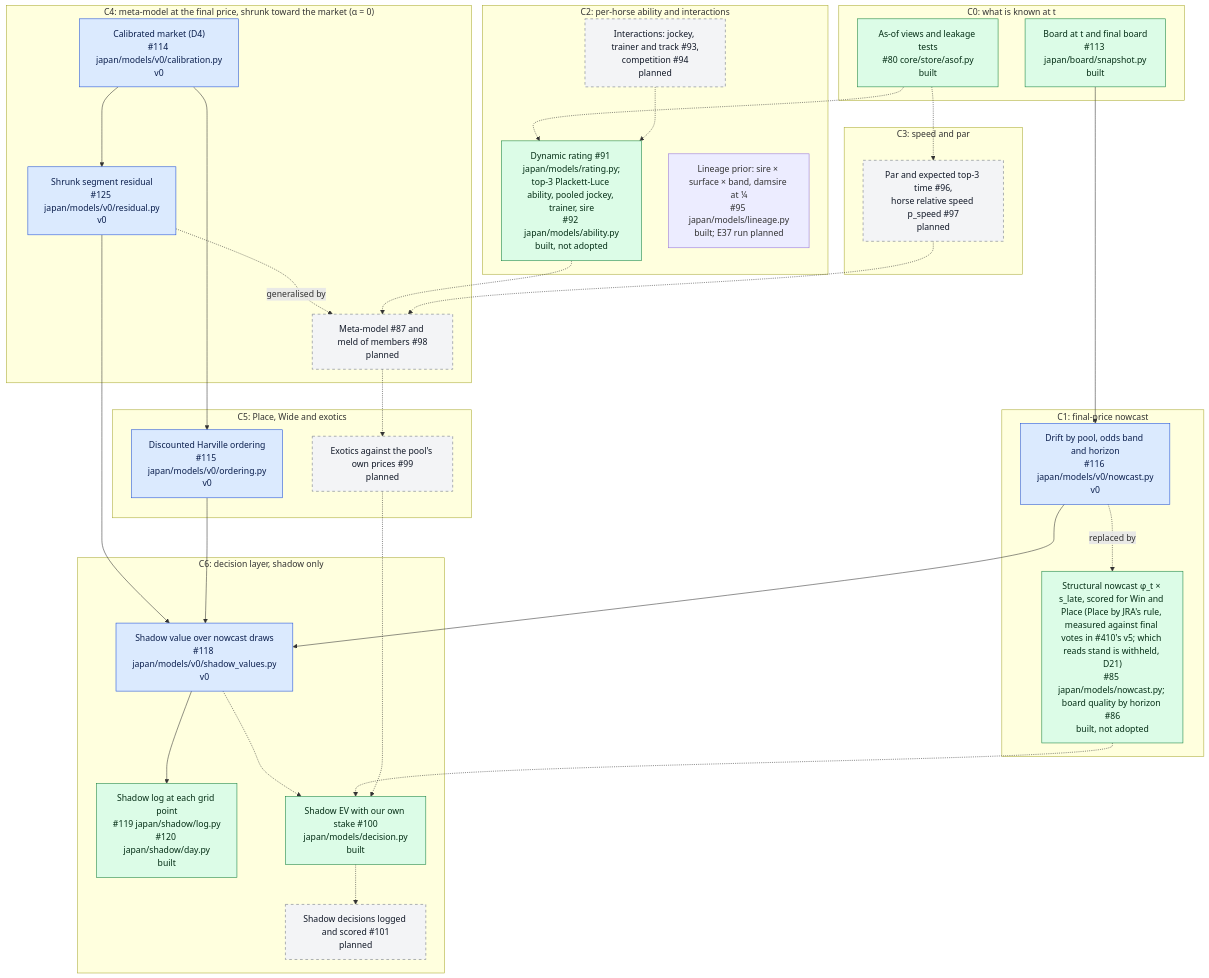
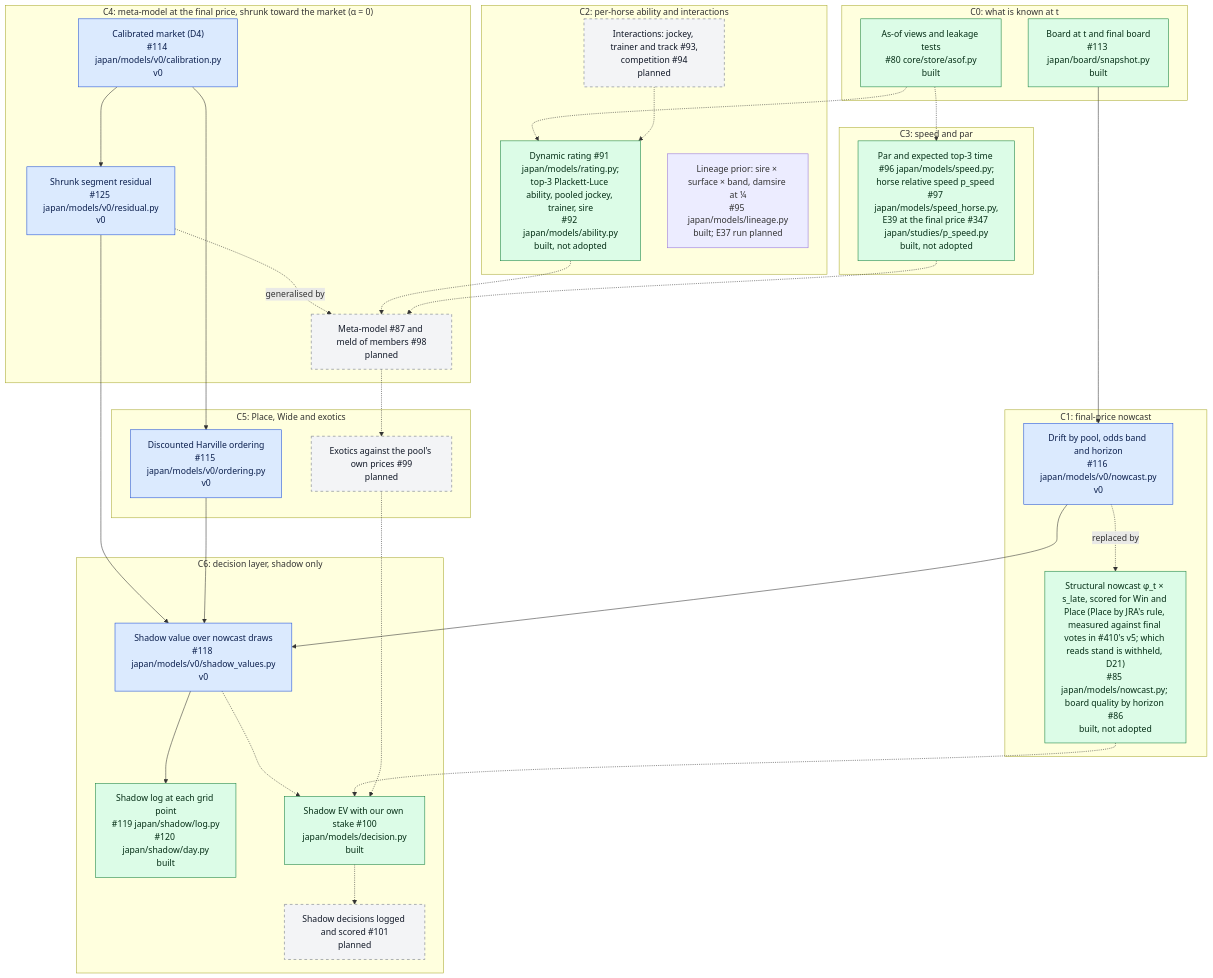
Before and after one commit to rjeskuri/HorseTrackBetting: the second of 6 diagrams in docs/modeling.md, drawn with Mermaid. The commit also changed other lines of this file and 5 other files, not shown here.

First line of the commit message:
Report E39's run: p_speed adds nothing at the final price (#347)

````diff
--- a/docs/modeling.md
+++ b/docs/modeling.md
@@ -71,60 +71,60 @@
 ```mermaid
 flowchart TB
     subgraph L0["C0: what is known at t"]
         ASOF["As-of views and leakage tests<br/>#80 core/store/asof.py<br/>built"]
         BOARD["Board at t and final board<br/>#113 japan/board/snapshot.py<br/>built"]
     end
     subgraph L1["C1: final-price nowcast"]
         NC0["Drift by pool, odds band and horizon<br/>#116 japan/models/v0/nowcast.py<br/>v0"]
         NC1["Structural nowcast φ_t × s_late, scored for Win and Place (Place by JRA's rule, measured against final votes in #410's v5; which reads stand is withheld, D21)<br/>#85 japan/models/nowcast.py; board quality by horizon #86<br/>built, not adopted"]
     end
     subgraph L2["C2: per-horse ability and interactions"]
         ABIL["Dynamic rating #91 japan/models/rating.py;<br/>top-3 Plackett-Luce ability, pooled jockey, trainer, sire<br/>#92 japan/models/ability.py<br/>built, not adopted"]
         INTR["Interactions: jockey, trainer and track #93,<br/>competition #94<br/>planned"]
         LIN["Lineage prior: sire × surface × band, damsire at ¼<br/>#95 japan/models/lineage.py<br/>built; E37 run planned"]
     end
     subgraph L3["C3: speed and par"]
-        SPEED["Par and expected top-3 time #96,<br/>horse relative speed p_speed #97<br/>planned"]
+        SPEED["Par and expected top-3 time #96 japan/models/speed.py;<br/>horse relative speed p_speed #97 japan/models/speed_horse.py,<br/>E39 at the final price #347 japan/studies/p_speed.py<br/>built, not adopted"]
     end
     subgraph L4["C4: meta-model at the final price, shrunk toward the market (α = 0)"]
         CAL["Calibrated market (D4)<br/>#114 japan/models/v0/calibration.py<br/>v0"]
         RES["Shrunk segment residual<br/>#125 japan/models/v0/residual.py<br/>v0"]
         META["Meta-model #87 and meld of members #98<br/>planned"]
     end
     subgraph L5["C5: Place, Wide and exotics"]
         ORD["Discounted Harville ordering<br/>#115 japan/models/v0/ordering.py<br/>v0"]
         EXO["Exotics against the pool's own prices #99<br/>planned"]
     end
     subgraph L6["C6: decision layer, shadow only"]
         SV["Shadow value over nowcast draws<br/>#118 japan/models/v0/shadow_values.py<br/>v0"]
         SLOG["Shadow log at each grid point<br/>#119 japan/shadow/log.py<br/>#120 japan/shadow/day.py<br/>built"]
         STAKE["Shadow EV with our own stake #100<br/>japan/models/decision.py<br/>built"]
         SDEC["Shadow decisions logged and scored #101<br/>planned"]
     end
     BOARD --> NC0
     NC0 -.->|"replaced by"| NC1
     ASOF -.-> ABIL
     INTR -.-> ABIL
     ASOF -.-> SPEED
     CAL --> RES
     CAL --> ORD
     RES -.->|"generalised by"| META
     ABIL -.-> META
     SPEED -.-> META
     META -.-> EXO
     RES --> SV
     ORD --> SV
     NC0 --> SV
     SV --> SLOG
     SV -.-> STAKE
     NC1 -.-> STAKE
     EXO -.-> STAKE
     STAKE -.-> SDEC
 
     classDef v0 fill:#dbeafe,stroke:#1d4ed8,color:#0b1f4d
     classDef built fill:#dcfce7,stroke:#15803d,color:#052e16
     classDef planned fill:#f3f4f6,stroke:#6b7280,stroke-dasharray: 5 5,color:#111827
     class NC0,CAL,RES,ORD,SV v0
-    class ASOF,BOARD,SLOG,NC1,ABIL,STAKE built
-    class INTR,SPEED,META,EXO,SDEC planned
+    class ASOF,BOARD,SLOG,NC1,ABIL,STAKE,SPEED built
+    class INTR,META,EXO,SDEC planned
 ```
````
